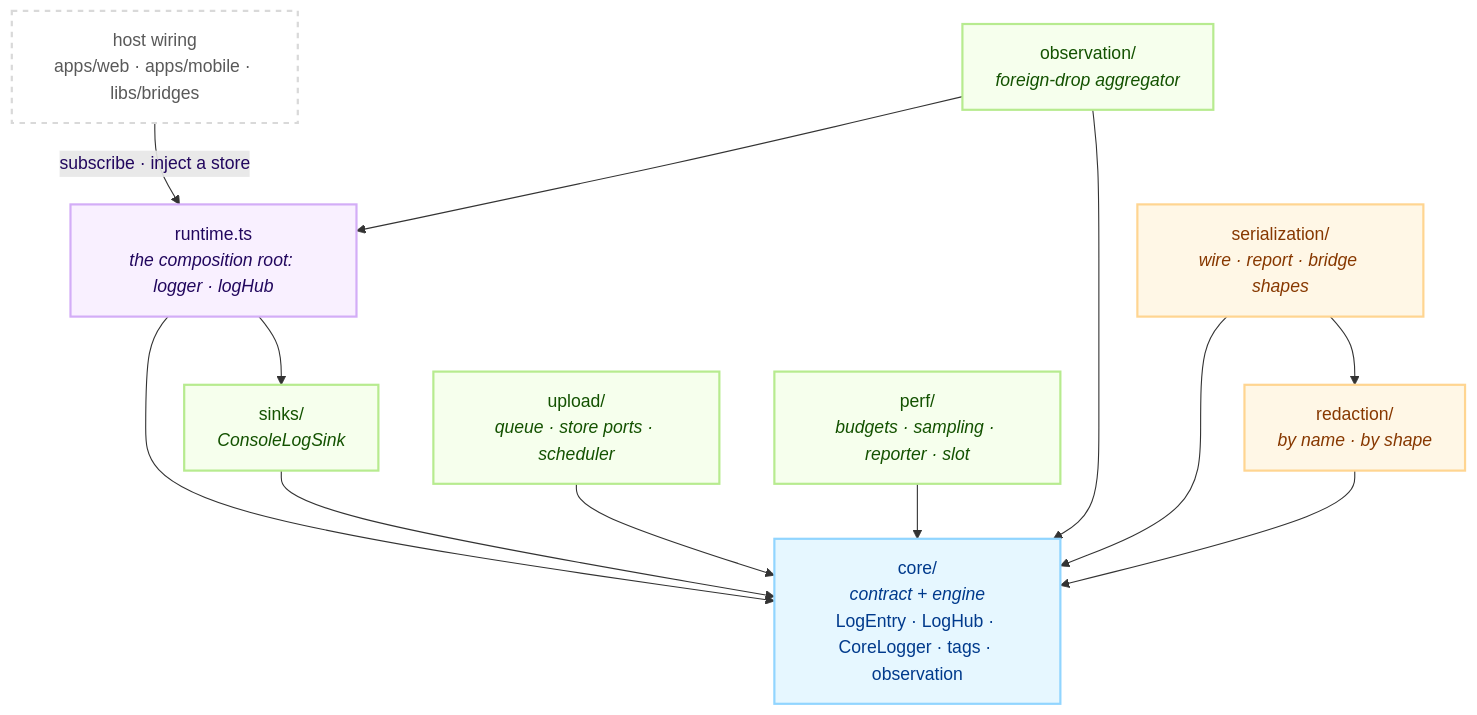
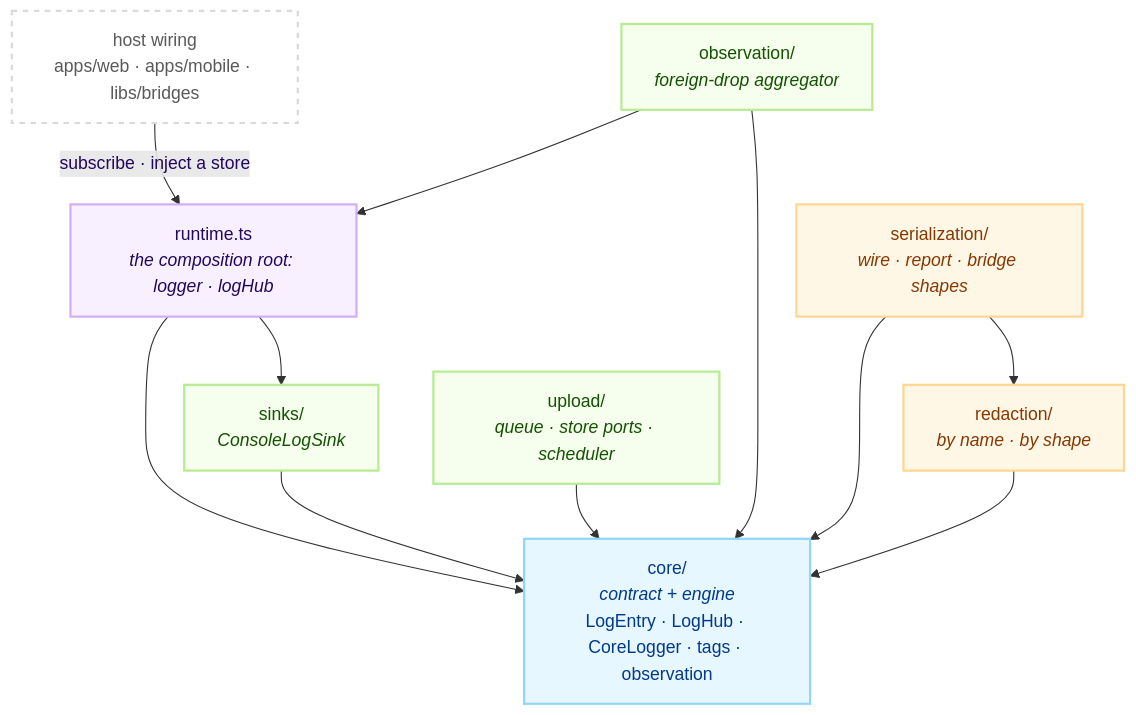
One commit to lemoncloud-io/dou-app changed the first of 2 diagrams in libs/logger/README.md. Above: the diagram before and after it, drawn with Mermaid. The commit also changed other lines of this file and 102 other files, not shown here.

````diff
--- a/libs/logger/README.md
+++ b/libs/logger/README.md
@@ -67,33 +67,31 @@
 ```mermaid
 flowchart TD
     classDef core fill:#e6f7ff,stroke:#91d5ff,stroke-width:2px,color:#003a8c;
     classDef out fill:#f6ffed,stroke:#b7eb8f,stroke-width:2px,color:#135200;
     classDef pol fill:#fff7e6,stroke:#ffd591,stroke-width:2px,color:#873800;
     classDef root fill:#f9f0ff,stroke:#d3adf7,stroke-width:2px,color:#22075e;
     classDef ext fill:#ffffff,stroke:#d9d9d9,stroke-width:2px,color:#595959,stroke-dasharray: 5 5;
 
     Host["host wiring<br/>apps/web · apps/mobile · libs/bridges"]:::ext
 
     RT["runtime.ts<br/><i>the composition root: logger · logHub</i>"]:::root
     Core["core/<br/><i>contract + engine</i><br/>LogEntry · LogHub · CoreLogger · tags · observation"]:::core
 
     Sinks["sinks/<br/><i>ConsoleLogSink</i>"]:::out
     Upload["upload/<br/><i>queue · store ports · scheduler</i>"]:::out
     Obs["observation/<br/><i>foreign-drop aggregator</i>"]:::out
-    Perf["perf/<br/><i>budgets · sampling · reporter · slot</i>"]:::out
 
     Ser["serialization/<br/><i>wire · report · bridge shapes</i>"]:::pol
     Red["redaction/<br/><i>by name · by shape</i>"]:::pol
 
     Host -->|"subscribe · inject a store"| RT
     RT --> Core
     RT --> Sinks
     Sinks --> Core
     Upload --> Core
-    Perf --> Core
     Obs --> Core
     Obs --> RT
     Ser --> Core
     Ser --> Red
     Red --> Core
 ```
````
